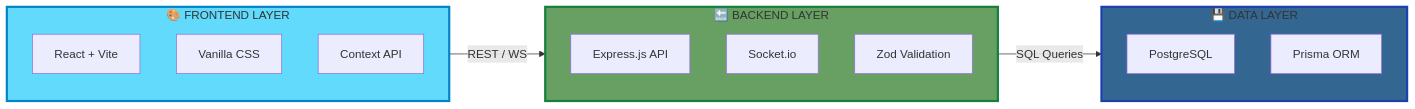
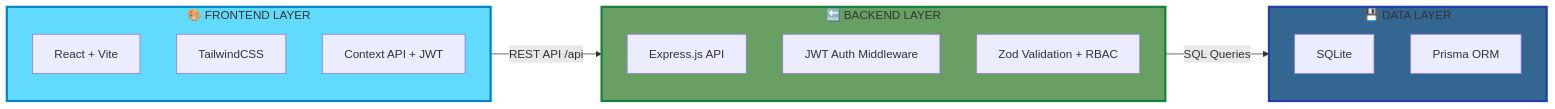
One commit to snehadpatel/TransitOps changed the diagram in README.md. Above: the diagram before and after it, drawn with Mermaid. The commit also changed other lines of this file, not shown here.

Commit message:
docs: complete README with SQLite setup guide and business rules table

````diff
--- a/README.md
+++ b/README.md
@@ -66,26 +103,26 @@
 ```mermaid
 graph LR
     subgraph Frontend["🎨 FRONTEND LAYER"]
         A[React + Vite]
-        B[Vanilla CSS]
-        C[Context API]
+        B[TailwindCSS]
+        C[Context API + JWT]
     end
     
     subgraph Backend["🔙 BACKEND LAYER"]
         F[Express.js API]
-        G[Socket.io]
-        H[Zod Validation]
+        G[JWT Auth Middleware]
+        H[Zod Validation + RBAC]
     end
     
     subgraph Database["💾 DATA LAYER"]
-        K[PostgreSQL]
+        K[SQLite]
         L[Prisma ORM]
     end
     
-    Frontend -->|REST / WS| Backend
+    Frontend -->|REST API /api| Backend
     Backend -->|SQL Queries| Database
     
     style Frontend fill:#61DAFB,stroke:#0284c7,stroke-width:3px
     style Backend fill:#68A063,stroke:#15803d,stroke-width:3px
     style Database fill:#336791,stroke:#1e40af,stroke-width:3px
 ```
````
